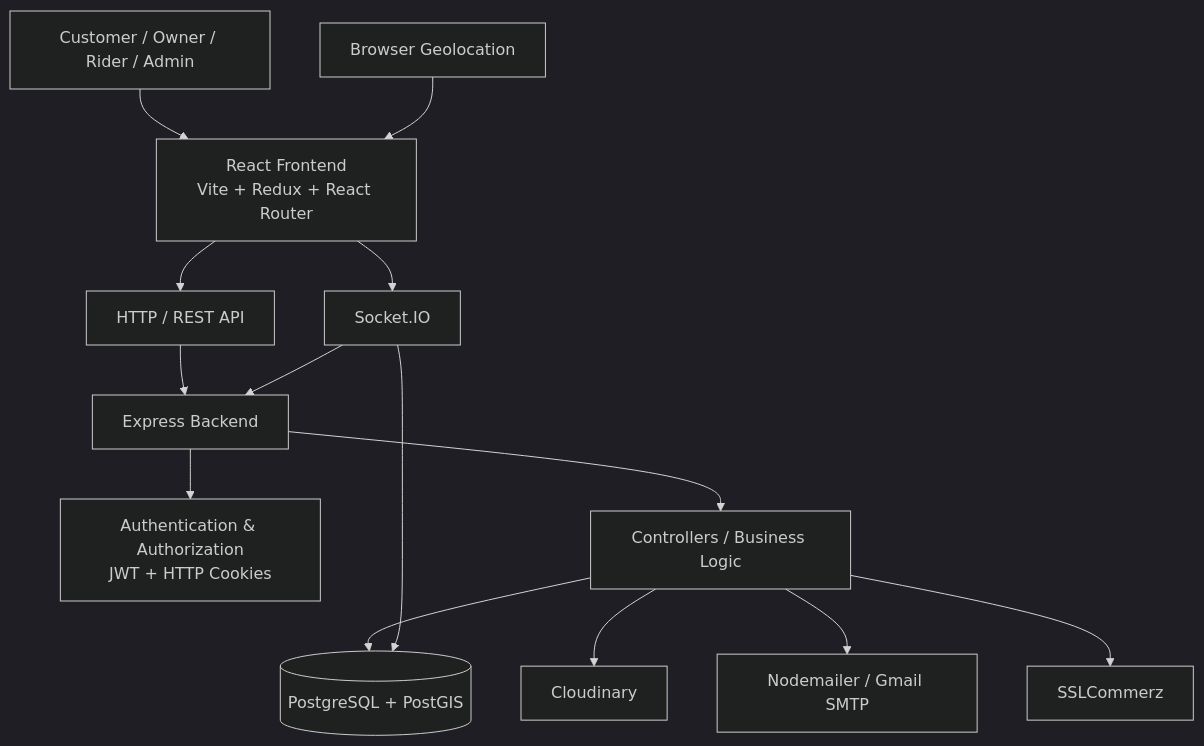
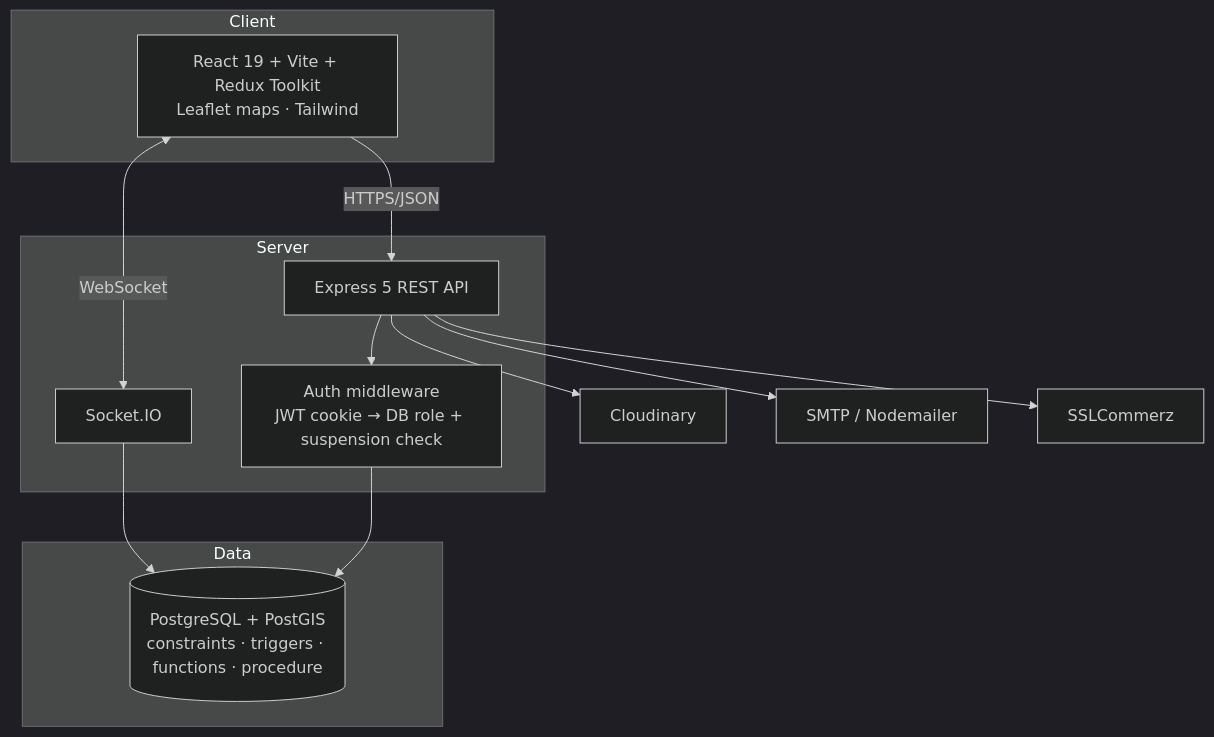
One commit to unthinkingFool/buet-cse-2-1-project-food-order-and-delivery changed the first of 3 diagrams in README.md. Above: the diagram before and after it, drawn with Mermaid (dark theme). The commit also changed other lines of this file and 3 other files, not shown here.

````diff
--- a/README.md
+++ b/README.md
@@ -94,32 +63,21 @@
 ```mermaid
 flowchart TB
-    U[Customer / Owner / Rider / Admin]
-    FE[React Frontend<br/>Vite + Redux + React Router]
-    HTTP[HTTP / REST API]
-    WS[Socket.IO]
-    BE[Express Backend]
-    AUTH[Authentication & Authorization<br/>JWT + HTTP Cookies]
-    CTRL[Controllers / Business Logic]
-    DB[(PostgreSQL + PostGIS)]
-    CLOUD[Cloudinary]
-    MAIL[Nodemailer / Gmail SMTP]
-    PAY[SSLCommerz]
-    GEO[Browser Geolocation]
-
-    U --> FE
-    FE --> HTTP
-    FE --> WS
-    GEO --> FE
-
-    HTTP --> BE
-    WS --> BE
-
-    BE --> AUTH
-    BE --> CTRL
-    CTRL --> DB
-    CTRL --> CLOUD
-    CTRL --> MAIL
-    CTRL --> PAY
-
-    WS --> DB
+    subgraph Client
+      FE["React 19 + Vite + Redux Toolkit<br/>Leaflet maps · Tailwind"]
+    end
+    subgraph Server
+      API["Express 5 REST API"]
+      WS["Socket.IO"]
+      MW["Auth middleware<br/>JWT cookie → DB role + suspension check"]
+    end
+    subgraph Data
+      PG[("PostgreSQL + PostGIS<br/>constraints · triggers · functions · procedure")]
+    end
+    FE -->|HTTPS/JSON| API
+    FE <-->|WebSocket| WS
+    API --> MW --> PG
+    WS --> PG
+    API --> CLD[Cloudinary]
+    API --> MAIL[SMTP / Nodemailer]
+    API --> PAY[SSLCommerz]
 ```
````
